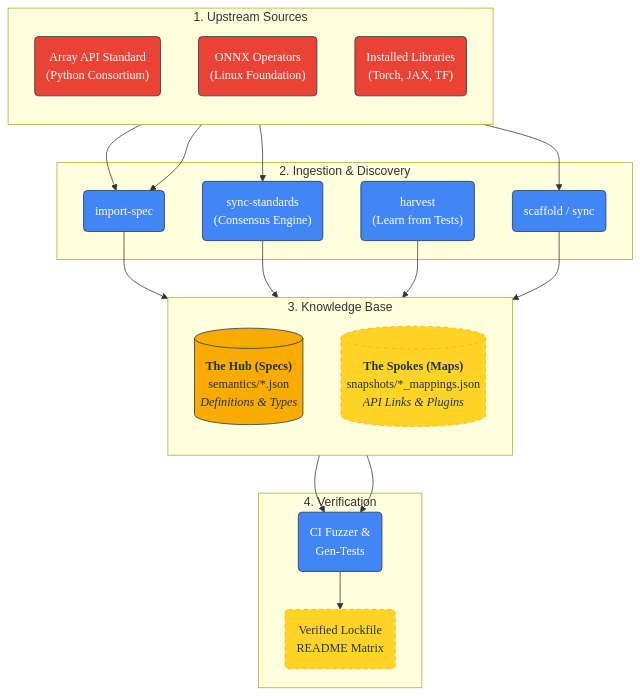
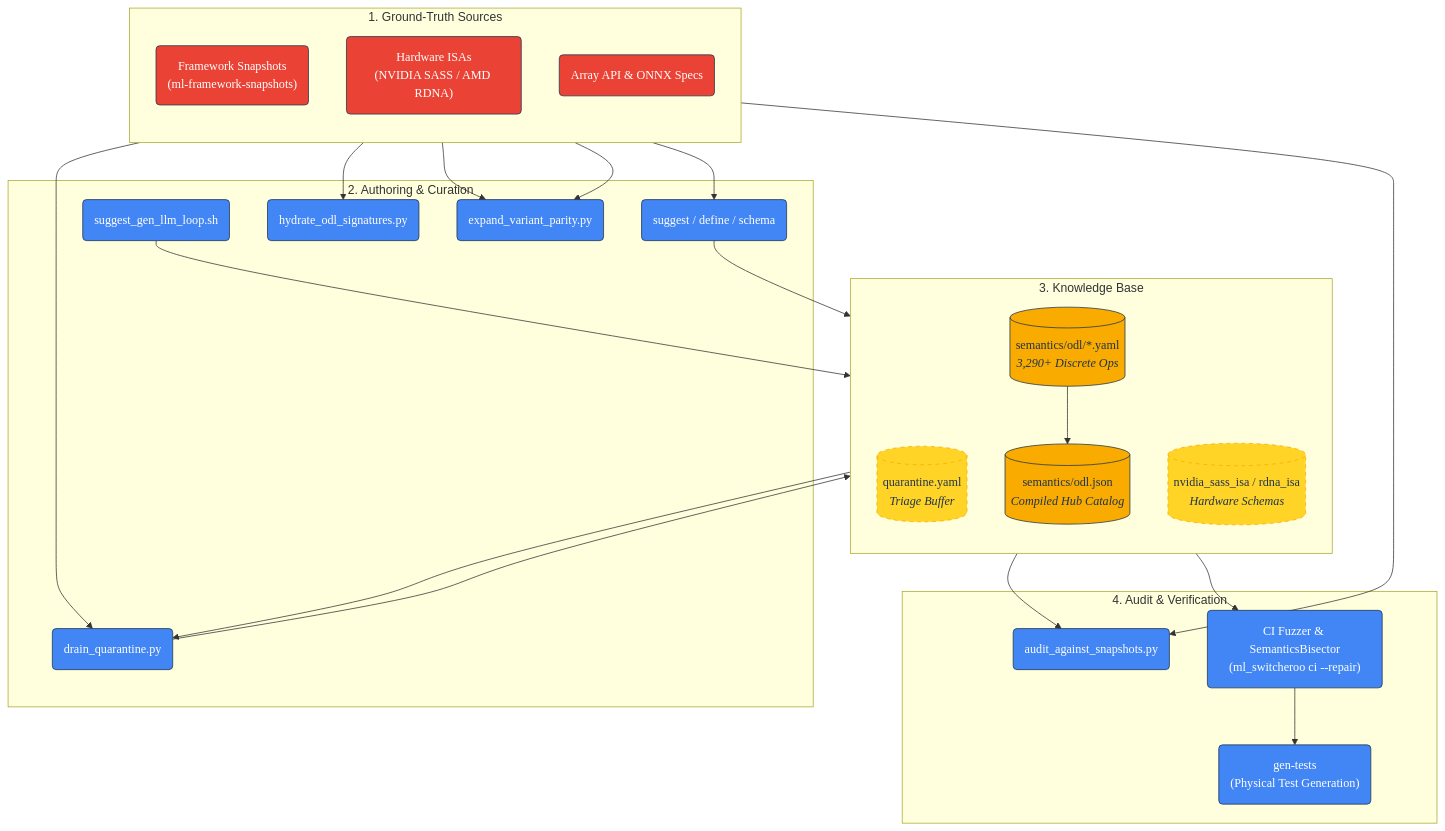
Before and after one commit to SamuelMarks/ml-switcheroo: the diagram in MAINTENANCE.md, drawn with Mermaid. The commit also changed other lines of this file and 7 other files, not shown here.

Commit message:
[*.md] Update docs ; [scripts/audit_against_snapshots.py,tests/test_audit_against_snapshots.py] CI fixes

````diff
--- a/MAINTENANCE.md
+++ b/MAINTENANCE.md
@@ -21,48 +19,55 @@
 ```mermaid
 graph TD
     %% --- STYLE DEFINITIONS ---
     classDef default font-family:'Google Sans Normal',color:#20344b,stroke:#20344b;
     classDef external fill:#ea4335,stroke:#20344b,color:#ffffff,rx:5px,font-family:'Google Sans Medium';
     classDef hub fill:#f9ab00,stroke:#20344b,color:#20344b,rx:5px,font-family:'Google Sans Medium';
     classDef spoke fill:#ffd427,stroke:#f9ab00,stroke-dasharray:5,5,color:#20344b,rx:5px,font-family:'Google Sans Medium';
     classDef action fill:#4285f4,stroke:#20344b,color:#ffffff,rx:5px,font-family:'Google Sans Medium';
 
-    subgraph Sources ["1. Upstream Sources"]
+    subgraph Sources ["1. Ground-Truth Sources"]
         direction TB
-        STD_A("Array API Standard<br/>(Python Consortium)"):::external
-        STD_B("ONNX Operators<br/>(Linux Foundation)"):::external
-        LIBS("Installed Libraries<br/>(Torch, JAX, TF)"):::external
+        SNAPSHOTS("Framework Snapshots<br/>(ml-framework-snapshots)"):::external
+        HARDWARE("Hardware ISAs<br/>(NVIDIA SASS / AMD RDNA)"):::external
+        STANDARDS("Array API & ONNX Specs"):::external
     end
 
-    subgraph Ingestion ["2. Ingestion & Discovery"]
-        IMPORT("import-spec"):::action
-        SCAFFOLD("scaffold / sync"):::action
-        CONSENSUS("sync-standards<br/>(Consensus Engine)"):::action
-        HARVEST("harvest<br/>(Learn from Tests)"):::action
+    subgraph Curation ["2. Authoring & Curation"]
+        SUGGEST("suggest / define / schema"):::action
+        LLM_LOOP("suggest_gen_llm_loop.sh"):::action
+        DRAIN("drain_quarantine.py"):::action
+        HYDRATE("hydrate_odl_signatures.py"):::action
+        PARITY("expand_variant_parity.py"):::action
     end
 
     subgraph Storage ["3. Knowledge Base"]
         direction TB
-        HUB[("<b>The Hub (Specs)</b><br/>semantics/*.json<br/><i>Definitions & Types</i>")]:::hub
-        SPOKE[("<b>The Spokes (Maps)</b><br/>snapshots/*_mappings.json<br/><i>API Links & Plugins</i>")]:::spoke
+        QUARANTINE[("quarantine.yaml<br/><i>Triage Buffer</i>")]:::spoke
+        ODL_YAMLS[("semantics/odl/*.yaml<br/><i>3,290+ Discrete Ops</i>")]:::hub
+        CATALOG[("semantics/odl.json<br/><i>Compiled Hub Catalog</i>")]:::hub
+        ISA_SPECS[("nvidia_sass_isa / rdna_isa<br/><i>Hardware Schemas</i>")]:::spoke
     end
 
-    subgraph Verify ["4. Verification"]
-        CI("CI Fuzzer &<br/>Gen-Tests"):::action
-        LOCK("Verified Lockfile<br/>README Matrix"):::spoke
+    subgraph Verify ["4. Audit & Verification"]
+        AUDIT("audit_against_snapshots.py"):::action
+        CI("CI Fuzzer & SemanticsBisector<br/>(ml_switcheroo ci --repair)"):::action
+        TESTS("gen-tests<br/>(Physical Test Generation)"):::action
     end
 
-    STD_A --> IMPORT
-    STD_B --> IMPORT
-    LIBS --> SCAFFOLD
-    LIBS --> CONSENSUS
+    SNAPSHOTS --> DRAIN
+    SNAPSHOTS --> HYDRATE
+    SNAPSHOTS --> PARITY
+    HARDWARE --> PARITY
+    STANDARDS --> SUGGEST
 
-    IMPORT --> HUB
-    CONSENSUS --> HUB
-    HARVEST --> SPOKE
-    SCAFFOLD --> SPOKE
+    SUGGEST --> ODL_YAMLS
+    LLM_LOOP --> ODL_YAMLS
+    QUARANTINE --> DRAIN
+    DRAIN --> ODL_YAMLS
+    ODL_YAMLS --> CATALOG
 
-    HUB --> CI
-    SPOKE --> CI
-    CI --> LOCK
+    CATALOG --> AUDIT
+    SNAPSHOTS --> AUDIT
+    CATALOG --> CI
+    CI --> TESTS
 ```
````
